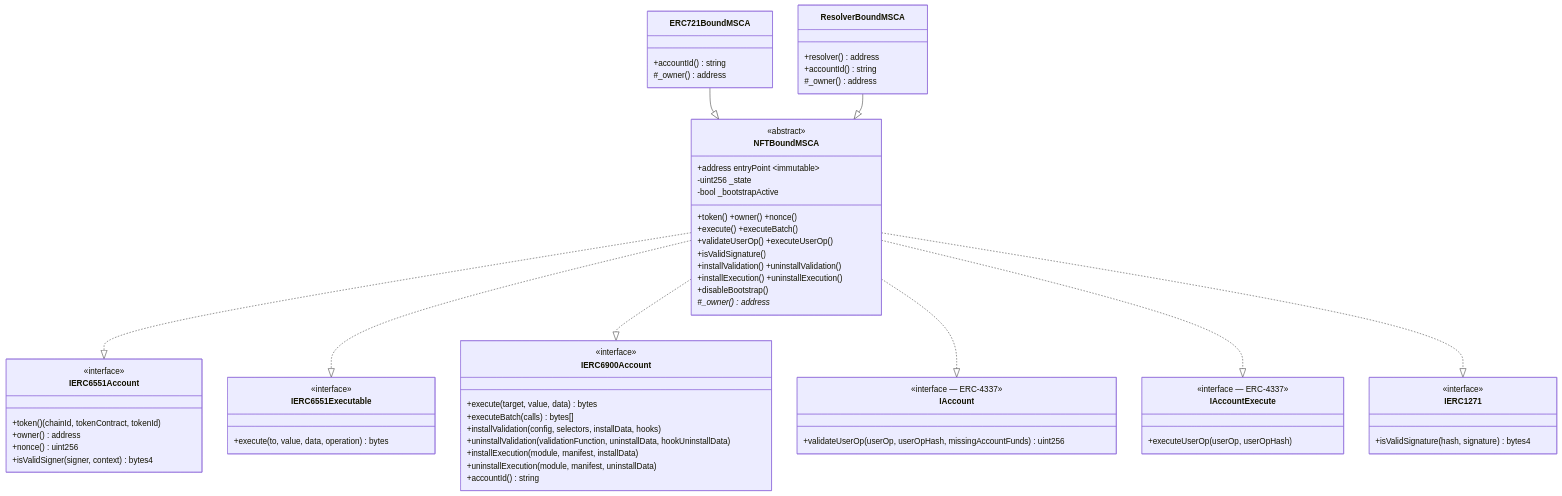
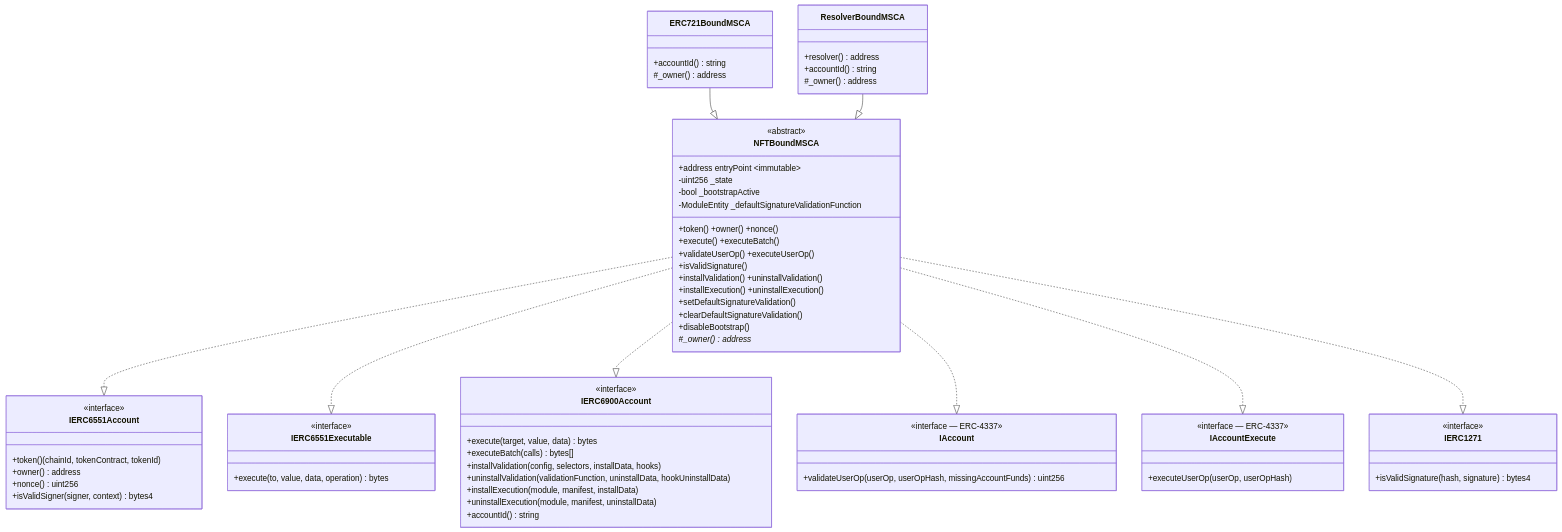
The fifth of 32 diagrams in docs/Agent-Wallet-Core-Architecture.md (EqualFiLabs/agent-wallet-core), drawn with Mermaid before and after one commit. The commit also changed other lines of this file and 16 other files, not shown here.

````diff
--- a/docs/Agent-Wallet-Core-Architecture.md
+++ b/docs/Agent-Wallet-Core-Architecture.md
@@ -338,76 +339,79 @@
 ```mermaid
 classDiagram
     class IERC6551Account {
         <<interface>>
         +token() (chainId, tokenContract, tokenId)
         +owner() address
         +nonce() uint256
         +isValidSigner(signer, context) bytes4
     }
 
     class IERC6551Executable {
         <<interface>>
         +execute(to, value, data, operation) bytes
     }
 
     class IERC6900Account {
         <<interface>>
         +execute(target, value, data) bytes
         +executeBatch(calls) bytes[]
         +installValidation(config, selectors, installData, hooks)
         +uninstallValidation(validationFunction, uninstallData, hookUninstallData)
         +installExecution(module, manifest, installData)
         +uninstallExecution(module, manifest, uninstallData)
         +accountId() string
     }
 
     class IAccount {
         <<interface — ERC-4337>>
         +validateUserOp(userOp, userOpHash, missingAccountFunds) uint256
     }
 
     class IAccountExecute {
         <<interface — ERC-4337>>
         +executeUserOp(userOp, userOpHash)
     }
 
     class IERC1271 {
         <<interface>>
         +isValidSignature(hash, signature) bytes4
     }
 
     class NFTBoundMSCA {
         <<abstract>>
         +address entryPoint ~immutable~
         -uint256 _state
         -bool _bootstrapActive
+        -ModuleEntity _defaultSignatureValidationFunction
         +token() +owner() +nonce()
         +execute() +executeBatch()
         +validateUserOp() +executeUserOp()
         +isValidSignature()
         +installValidation() +uninstallValidation()
         +installExecution() +uninstallExecution()
+        +setDefaultSignatureValidation()
+        +clearDefaultSignatureValidation()
         +disableBootstrap()
         #_owner()* address
     }
 
     class ERC721BoundMSCA {
         +accountId() string
         #_owner() address
     }
 
     class ResolverBoundMSCA {
         +resolver() address
         +accountId() string
         #_owner() address
     }
 
     NFTBoundMSCA ..|> IERC6551Account
     NFTBoundMSCA ..|> IERC6551Executable
     NFTBoundMSCA ..|> IERC6900Account
     NFTBoundMSCA ..|> IAccount
     NFTBoundMSCA ..|> IAccountExecute
     NFTBoundMSCA ..|> IERC1271
     ERC721BoundMSCA --|> NFTBoundMSCA
     ResolverBoundMSCA --|> NFTBoundMSCA
 ```
````
